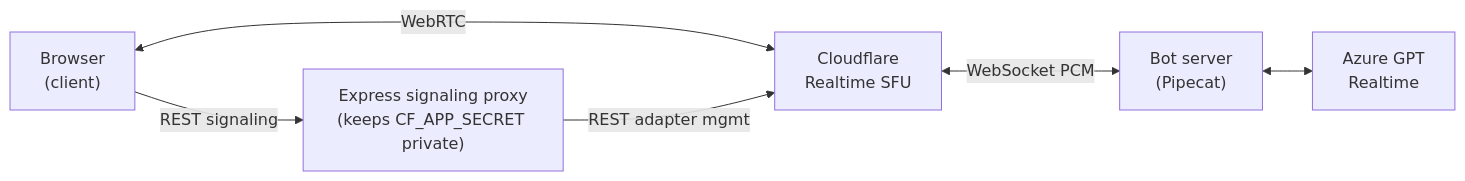
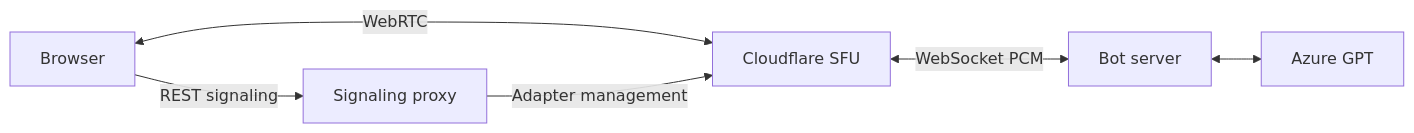
Before and after one commit to RohanAntony/rohanantony.github.io: the first of 2 diagrams in src/content/projects/pipecat-and-cloudflare.md, drawn with Mermaid. The commit also changed other lines of this file, not shown here.

Commit message:
mermaid diagram fix

```diff
--- a/src/content/projects/pipecat-and-cloudflare.md
+++ b/src/content/projects/pipecat-and-cloudflare.md
@@ -34,14 +34,14 @@
 <div class="mermaid">
 flowchart LR
-    Browser["Browser<br/>(client)"]
-    SFU["Cloudflare<br/>Realtime SFU"]
-    Bot["Bot server<br/>(Pipecat)"]
-    Proxy["Express signaling proxy<br/>(keeps CF_APP_SECRET private)"]
-    Azure["Azure GPT<br/>Realtime"]
+    Browser["Browser"]
+    SFU["Cloudflare SFU"]
+    Bot["Bot server"]
+    Proxy["Signaling proxy"]
+    Azure["Azure GPT"]
 
     Browser <-->|WebRTC| SFU
     SFU <-->|WebSocket PCM| Bot
     Browser -->|REST signaling| Proxy
-    Proxy -->|REST adapter mgmt| SFU
+    Proxy -->|Adapter management| SFU
     Bot <--> Azure
 </div>
```
